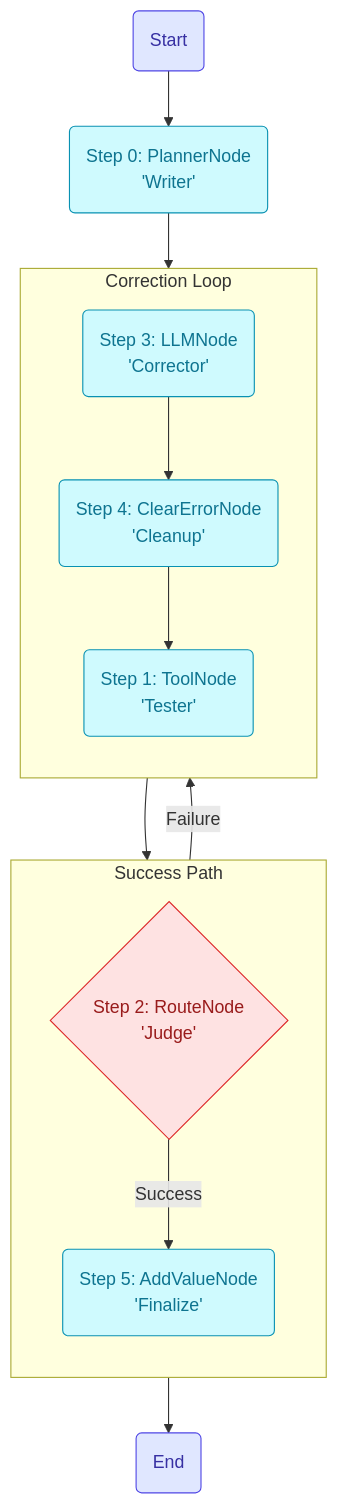
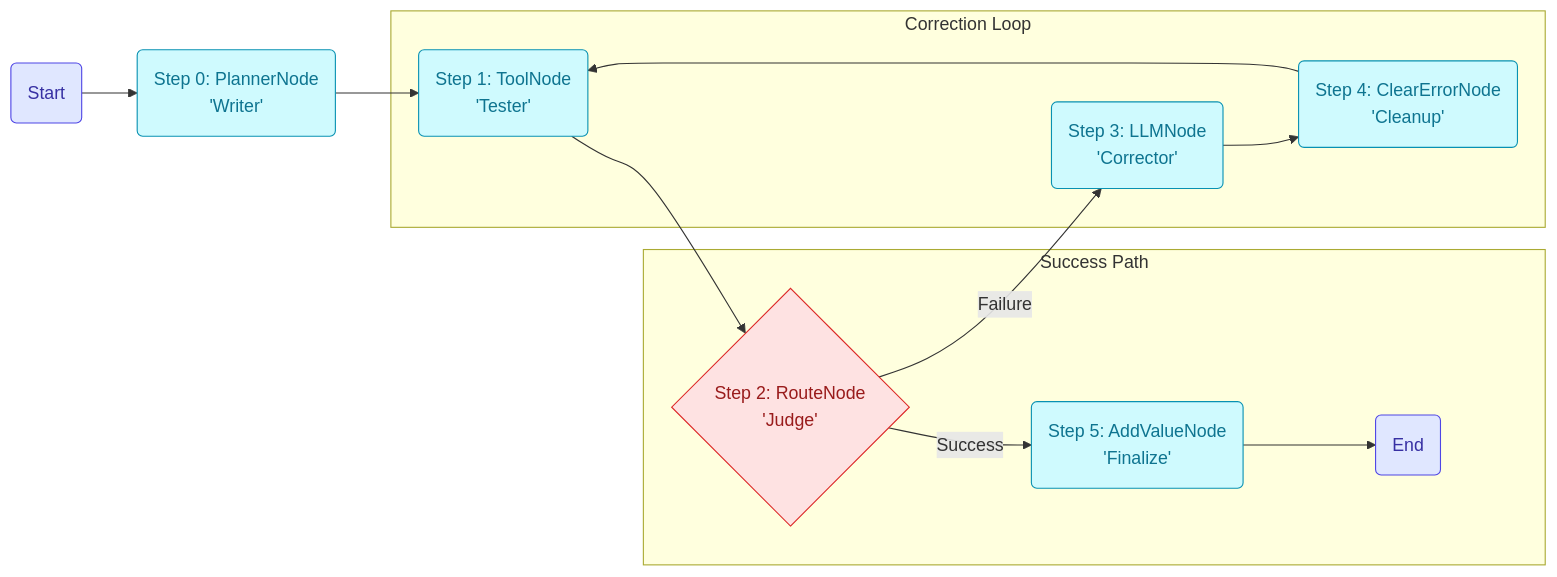
Before and after one commit to partech2015/lar: the first of 2 diagrams in README.md, drawn with Mermaid.

````diff
--- a/README.md
+++ b/README.md
@@ -53,34 +53,26 @@
 ```mermaid
-graph TD
+graph LR
     A(Start) --> B(Step 0: PlannerNode<br/>'Writer');
-    B --> C;
-    C --> D;
+    B --> C(Step 1: ToolNode<br/>'Tester');
+    C --> D{Step 2: RouteNode<br/>'Judge'};
+    
+    subgraph "Success Path"
+        D -- "Success" --> G(Step 5: AddValueNode<br/>'Finalize');
+        G --> H(End);
+    end
 
-    subgraph "Success Path"
-        direction TB
-        D{Step 2: RouteNode<br/>'Judge'};
-        G(Step 5: AddValueNode<br/>'Finalize');
+    subgraph "Correction Loop"
+        D -- "Failure" --> E(Step 3: LLMNode<br/>'Corrector');
+        E --> F(Step 4: ClearErrorNode<br/>'Cleanup');
+        F --> C;
     end
-    
-    subgraph "Correction Loop"
-        direction TB
-        C(Step 1: ToolNode<br/>'Tester');
-        E(Step 3: LLMNode<br/>'Corrector');
-        F(Step 4: ClearErrorNode<br/>'Cleanup');
-    end
-    
-    D -- "Success" --> G;
-    D -- "Failure" --> E;
-    E --> F;
-    F --> C;
-    G --> H(End);
     
     %% Define styles to match the diagram
     classDef default fill:#cffafe,stroke:#0891b2,color:#0e7490;
     classDef logic fill:#fee2e2,stroke:#dc2626,color:#991b1b;
     classDef startend fill:#e0e7ff,stroke:#4f46e5,color:#3730a3;
     
     class A,H startend;
     class B,C,E,F,G default;
     class D logic;
 ```
````
